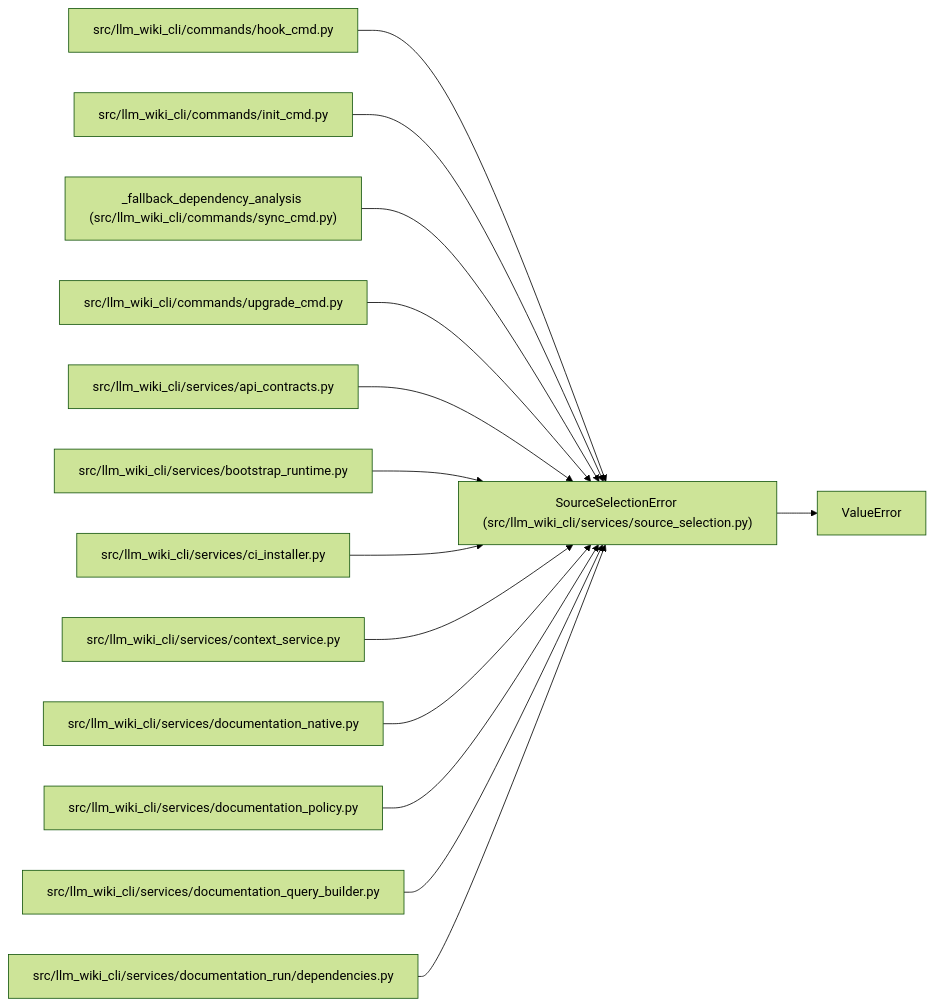
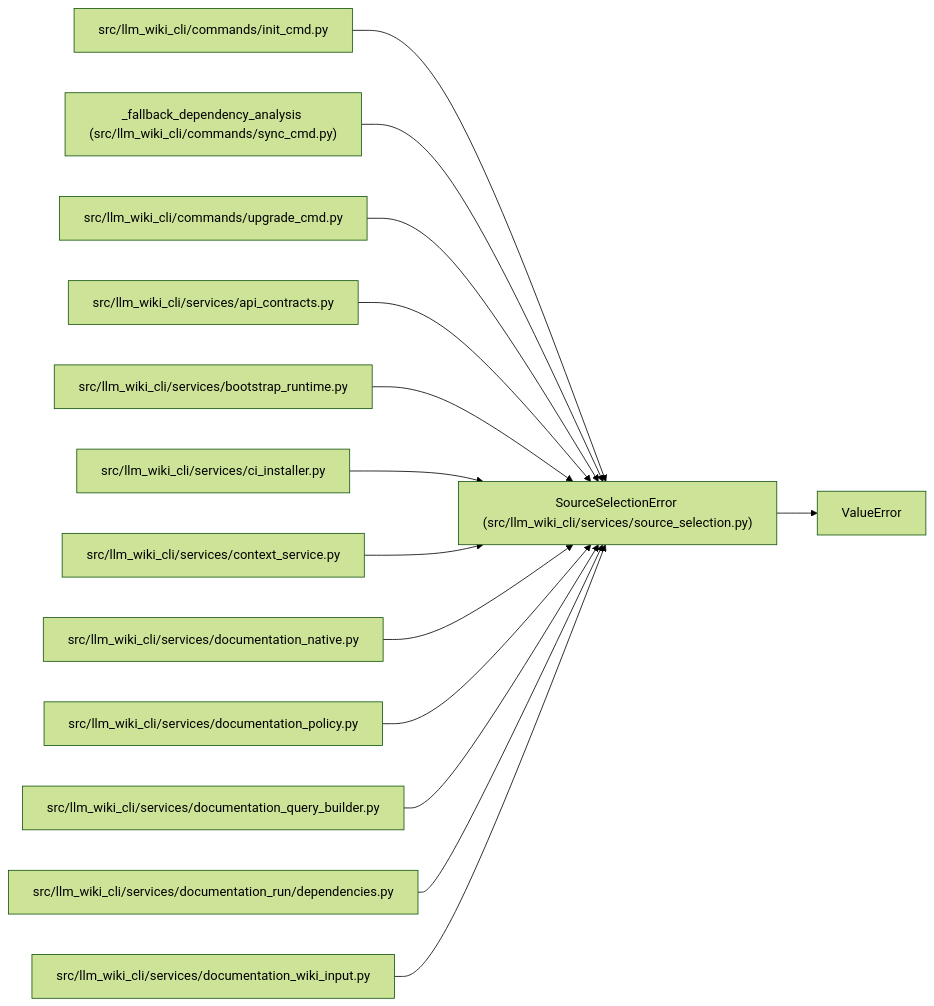
The diagram in docs/llm_wiki/entities/SourceSelectionError.md (Denissvgn/python-wiki-llm), drawn with Mermaid (forest theme) before and after one commit. The commit also changed other lines of this file and 35 other files, not shown here.

Commit message:
docs: refresh wiki after Git hook retirement

````diff
--- a/docs/llm_wiki/entities/SourceSelectionError.md
+++ b/docs/llm_wiki/entities/SourceSelectionError.md
@@ -25,43 +25,43 @@
 ```mermaid
 flowchart LR
     n0["SourceSelectionError (src/llm_wiki_cli/services/source_selection.py)"]
     n1["ValueError"]
-    n2["src/llm_wiki_cli/commands/hook_cmd.py"]
-    n3["src/llm_wiki_cli/commands/init_cmd.py"]
-    n4["_fallback_dependency_analysis (src/llm_wiki_cli/commands/sync_cmd.py)"]
-    n5["src/llm_wiki_cli/commands/upgrade_cmd.py"]
-    n6["src/llm_wiki_cli/services/api_contracts.py"]
-    n7["src/llm_wiki_cli/services/bootstrap_runtime.py"]
-    n8["src/llm_wiki_cli/services/ci_installer.py"]
-    n9["src/llm_wiki_cli/services/context_service.py"]
-    n10["src/llm_wiki_cli/services/documentation_native.py"]
-    n11["src/llm_wiki_cli/services/documentation_policy.py"]
-    n12["src/llm_wiki_cli/services/documentation_query_builder.py"]
-    n13["src/llm_wiki_cli/services/documentation_run/dependencies.py"]
+    n2["src/llm_wiki_cli/commands/init_cmd.py"]
+    n3["_fallback_dependency_analysis (src/llm_wiki_cli/commands/sync_cmd.py)"]
+    n4["src/llm_wiki_cli/commands/upgrade_cmd.py"]
+    n5["src/llm_wiki_cli/services/api_contracts.py"]
+    n6["src/llm_wiki_cli/services/bootstrap_runtime.py"]
+    n7["src/llm_wiki_cli/services/ci_installer.py"]
+    n8["src/llm_wiki_cli/services/context_service.py"]
+    n9["src/llm_wiki_cli/services/documentation_native.py"]
+    n10["src/llm_wiki_cli/services/documentation_policy.py"]
+    n11["src/llm_wiki_cli/services/documentation_query_builder.py"]
+    n12["src/llm_wiki_cli/services/documentation_run/dependencies.py"]
+    n13["src/llm_wiki_cli/services/documentation_wiki_input.py"]
     n0 --> n1
     n2 --> n0
     n3 --> n0
     n4 --> n0
     n5 --> n0
     n6 --> n0
     n7 --> n0
     n8 --> n0
     n9 --> n0
     n10 --> n0
     n11 --> n0
     n12 --> n0
     n13 --> n0
     click n0 "../modules/source_selection.md"
-    click n2 "../modules/hook_cmd.md"
-    click n3 "../modules/init_cmd.md"
-    click n4 "../modules/sync_cmd.md"
-    click n5 "../modules/upgrade_cmd.md"
-    click n6 "../modules/api_contracts.md"
-    click n7 "../modules/bootstrap_runtime.md"
-    click n8 "../modules/ci_installer.md"
-    click n9 "../modules/context_service.md"
-    click n10 "../modules/documentation_native.md"
-    click n11 "../modules/documentation_policy.md"
-    click n12 "../modules/documentation_query_builder.md"
-    click n13 "../modules/documentation_run_dependencies.md"
+    click n2 "../modules/init_cmd.md"
+    click n3 "../modules/sync_cmd.md"
+    click n4 "../modules/upgrade_cmd.md"
+    click n5 "../modules/api_contracts.md"
+    click n6 "../modules/bootstrap_runtime.md"
+    click n7 "../modules/ci_installer.md"
+    click n8 "../modules/context_service.md"
+    click n9 "../modules/documentation_native.md"
+    click n10 "../modules/documentation_policy.md"
+    click n11 "../modules/documentation_query_builder.md"
+    click n12 "../modules/documentation_run_dependencies.md"
+    click n13 "../modules/documentation_wiki_input.md"
 ```
````
